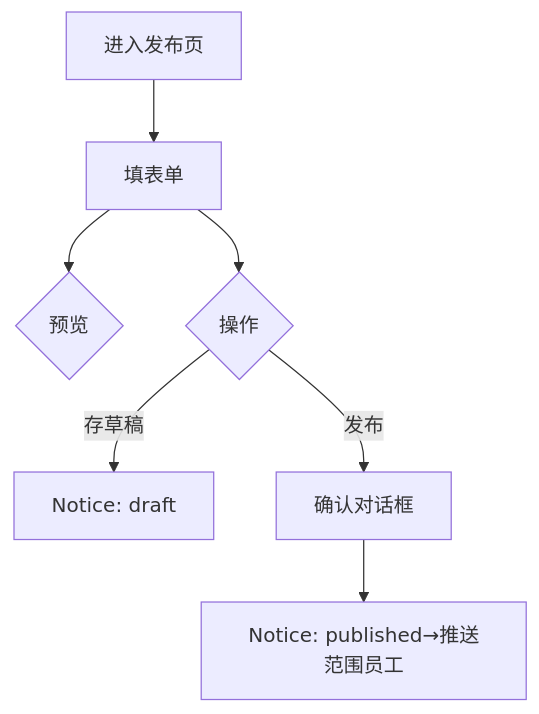
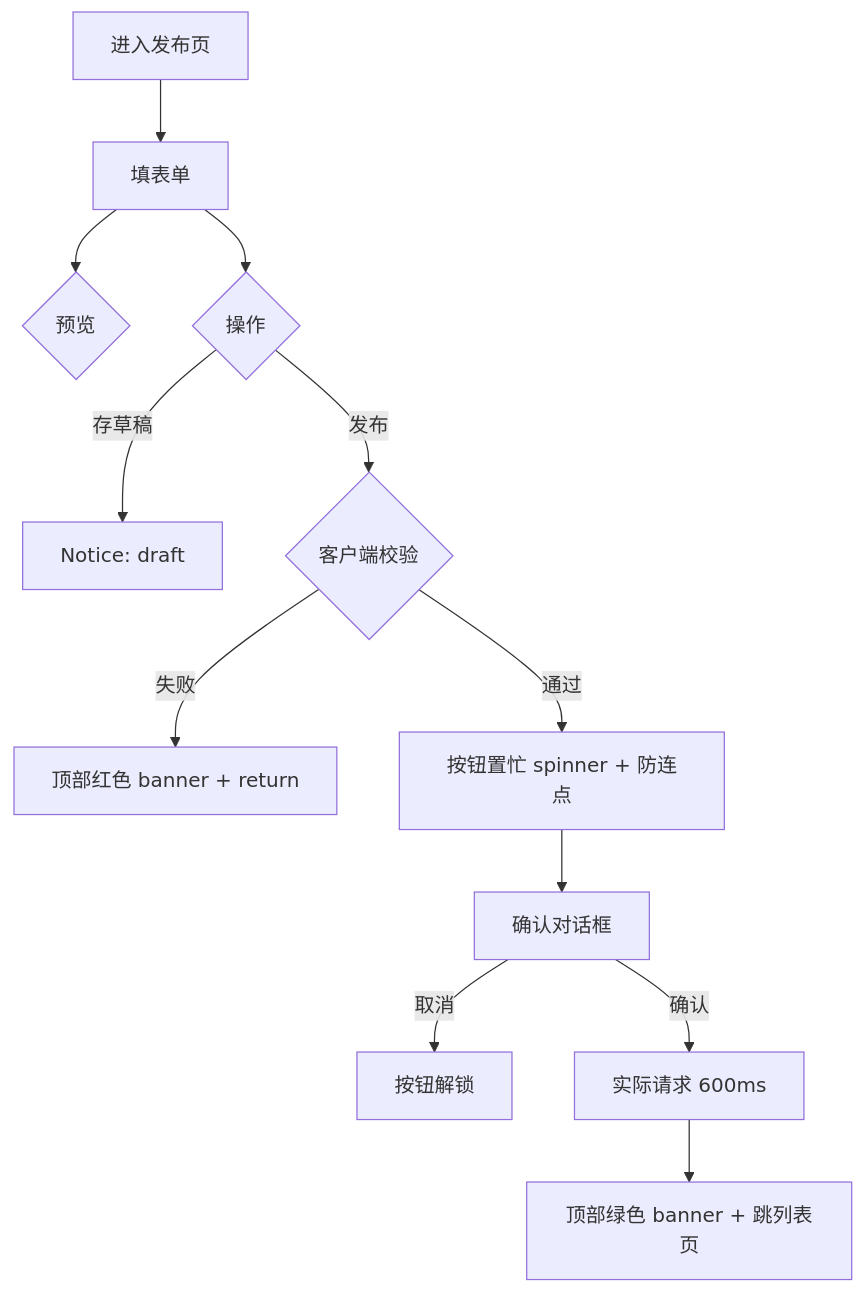
The diagram in docs/03-页面/通知发布页.md (BruceChu0424/utenelec_imp), drawn with Mermaid before and after one commit. The commit also changed other lines of this file and 71 other files, not shown here.

````diff
--- a/docs/03-页面/通知发布页.md
+++ b/docs/03-页面/通知发布页.md
@@ -50,9 +72,14 @@
 ```mermaid
 flowchart TD
     A[进入发布页] --> F[填表单]
     F --> PV{预览}
     F --> OP{操作}
     OP -->|存草稿| D[Notice: draft]
-    OP -->|发布| CF[确认对话框]
-    CF --> P[Notice: published→推送范围员工]
+    OP -->|发布| V{客户端校验}
+    V -->|失败| E1[顶部红色 banner + return]
+    V -->|通过| B[按钮置忙 spinner + 防连点]
+    B --> CF[确认对话框]
+    CF -->|取消| E2[按钮解锁]
+    CF -->|确认| API[实际请求 600ms]
+    API --> E3[顶部绿色 banner + 跳列表页]
 ```
````
